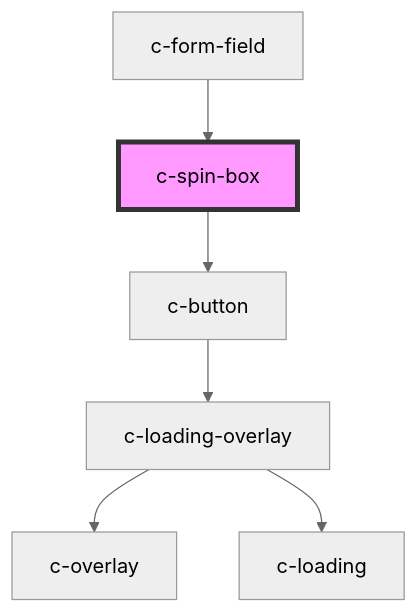
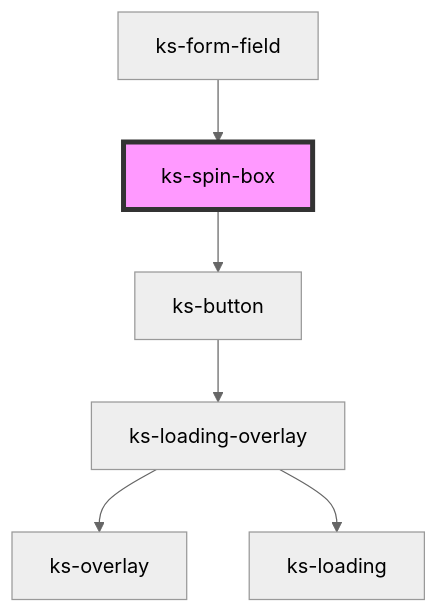
Before and after one commit to kickstand-ui/kickstand-ui: the diagram in src/scripts/components/spin-box/readme.md, drawn with Mermaid (neutral theme). The commit also changed other lines of this file and 49 other files, not shown here.

````diff
--- a/src/scripts/components/spin-box/readme.md
+++ b/src/scripts/components/spin-box/readme.md
@@ -38,9 +38,9 @@
 ```mermaid
 graph TD;
-  c-spin-box --> c-button
-  c-button --> c-loading-overlay
-  c-loading-overlay --> c-overlay
-  c-loading-overlay --> c-loading
-  c-form-field --> c-spin-box
-  style c-spin-box fill:#f9f,stroke:#333,stroke-width:4px
+  ks-spin-box --> ks-button
+  ks-button --> ks-loading-overlay
+  ks-loading-overlay --> ks-overlay
+  ks-loading-overlay --> ks-loading
+  ks-form-field --> ks-spin-box
+  style ks-spin-box fill:#f9f,stroke:#333,stroke-width:4px
 ```
````
